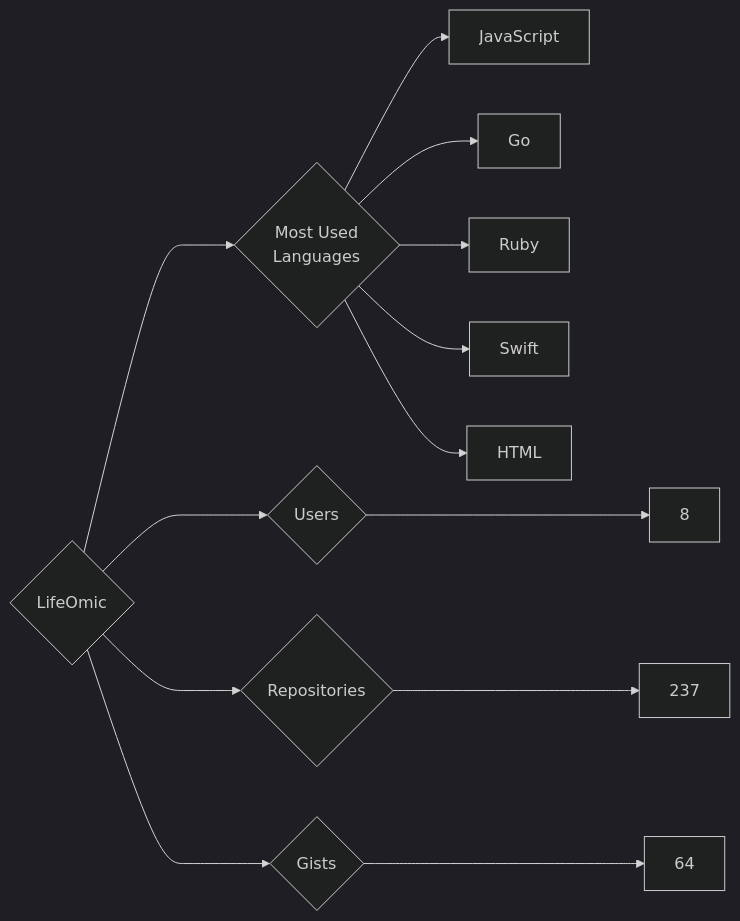
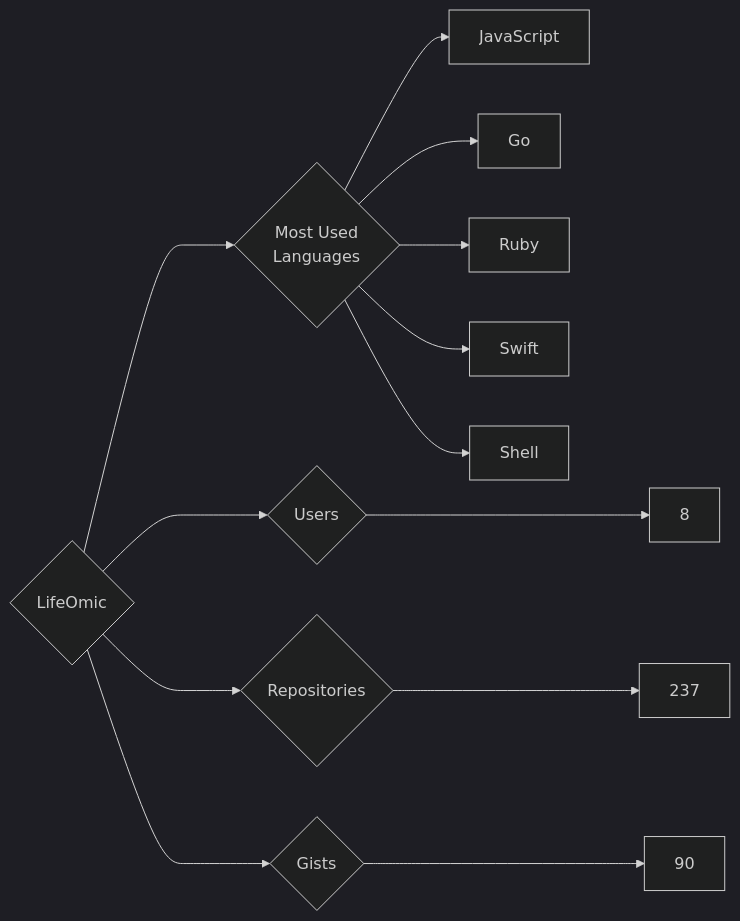
One commit to trickest/insiders changed the diagram in targets/LifeOmic/README.md. Above: the diagram before and after it, drawn with Mermaid (dark theme). The commit also changed 891 other files, not shown here.

````diff
--- a/targets/LifeOmic/README.md
+++ b/targets/LifeOmic/README.md
@@ -3,13 +3,13 @@
 ```mermaid
 graph LR
 COMPANY_NAME{LifeOmic}
 COMPANY_NAME ---> U{Users} ---> UN[8]
 COMPANY_NAME ---> R{Repositories} ---> RN[237]
-COMPANY_NAME ---> G{Gists} ---> GN[64]
+COMPANY_NAME ---> G{Gists} ---> GN[90]
 COMPANY_NAME ---> ML{Most Used<br>Languages}
 ML --> JavaScript[JavaScript]
 ML --> Go[Go]
 ML --> Ruby[Ruby]
 ML --> Swift[Swift]
-ML --> HTML[HTML]
+ML --> Shell[Shell]
 ```
````
